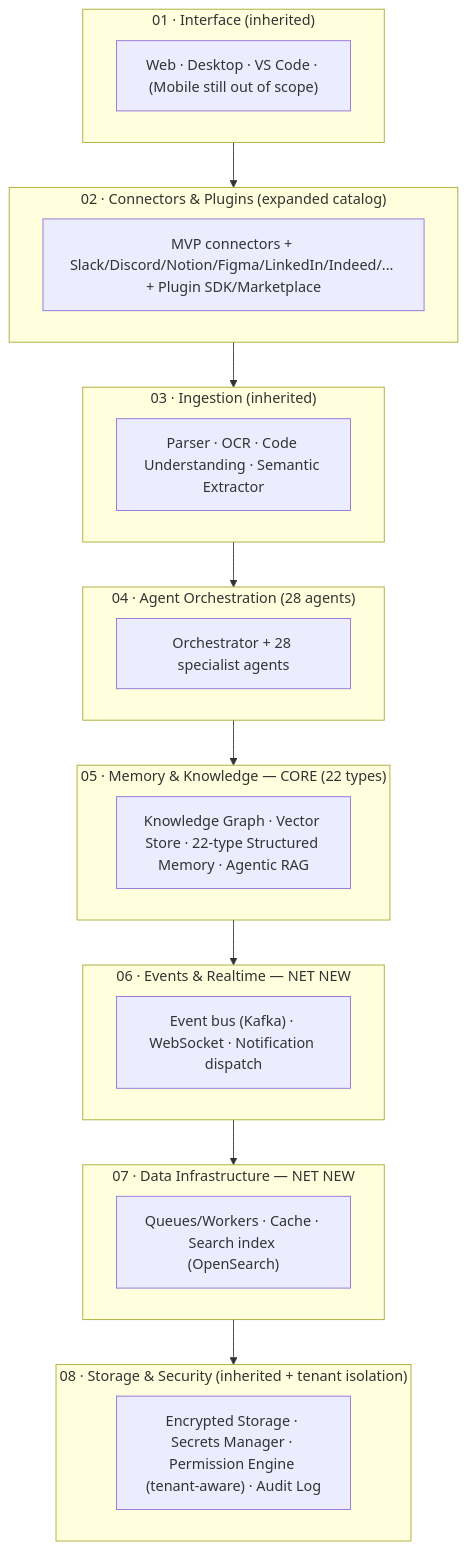
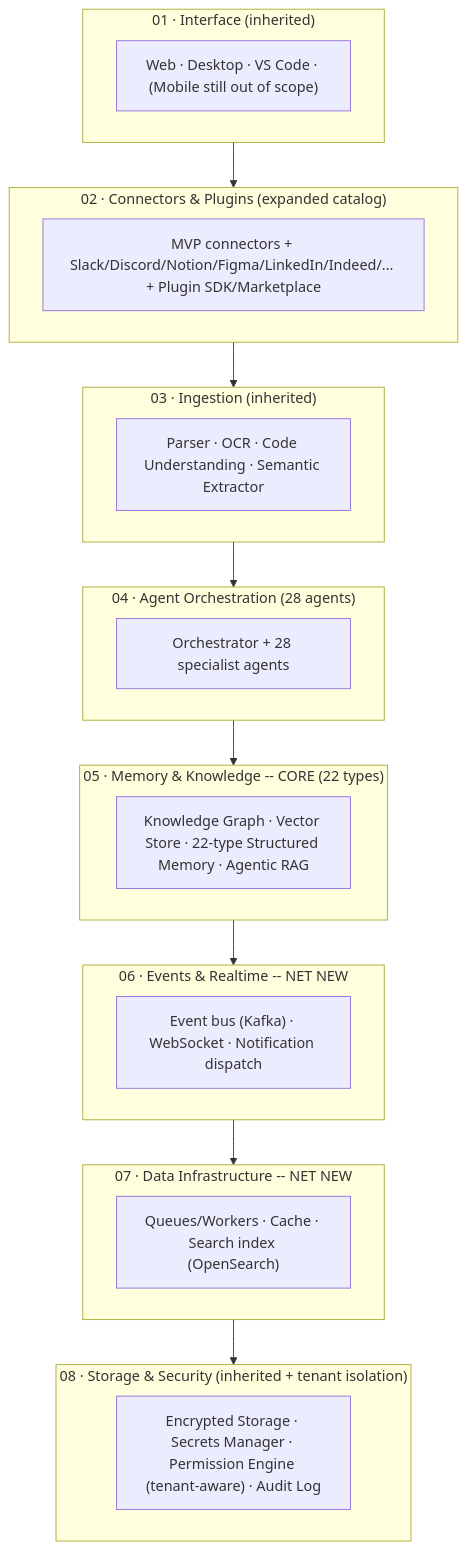
The first of 2 diagrams in docs/vaeloom-enterprise-e2e.md (Driftloom/Vaeloom), drawn with Mermaid before and after one commit. The commit also changed other lines of this file and 694 other files, not shown here.

First line of the commit message:
docs: mermaid standardization — encoding/mermaid/duplicate cleanup

````diff
--- a/docs/vaeloom-enterprise-e2e.md
+++ b/docs/vaeloom-enterprise-e2e.md
@@ -738,28 +738,28 @@
 ```mermaid
 graph TD
-    subgraph L1["01 · Interface (inherited)"]
-        I1["Web · Desktop · VS Code · (Mobile still out of scope)"]
-    end
-    subgraph L2["02 · Connectors & Plugins (expanded catalog)"]
-        C1["MVP connectors + Slack/Discord/Notion/Figma/LinkedIn/Indeed/... + Plugin SDK/Marketplace"]
-    end
-    subgraph L3["03 · Ingestion (inherited)"]
-        G1["Parser · OCR · Code Understanding · Semantic Extractor"]
-    end
-    subgraph L4["04 · Agent Orchestration (28 agents)"]
-        O1["Orchestrator + 28 specialist agents"]
-    end
-    subgraph L5["05 · Memory & Knowledge — CORE (22 types)"]
-        M1["Knowledge Graph · Vector Store · 22-type Structured Memory · Agentic RAG"]
-    end
-    subgraph L6new["06 · Events & Realtime — NET NEW"]
-        E1["Event bus (Kafka) · WebSocket · Notification dispatch"]
-    end
-    subgraph L7new["07 · Data Infrastructure — NET NEW"]
-        D1["Queues/Workers · Cache · Search index (OpenSearch)"]
-    end
-    subgraph L8["08 · Storage & Security (inherited + tenant isolation)"]
-        S1["Encrypted Storage · Secrets Manager · Permission Engine (tenant-aware) · Audit Log"]
-    end
-    L1 --> L2 --> L3 --> L4 --> L5 --> L6new --> L7new --> L8
+ subgraph L1["01 · Interface (inherited)"]
+ I1["Web · Desktop · VS Code · (Mobile still out of scope)"]
+ end
+ subgraph L2["02 · Connectors & Plugins (expanded catalog)"]
+ C1["MVP connectors + Slack/Discord/Notion/Figma/LinkedIn/Indeed/... + Plugin SDK/Marketplace"]
+ end
+ subgraph L3["03 · Ingestion (inherited)"]
+ G1["Parser · OCR · Code Understanding · Semantic Extractor"]
+ end
+ subgraph L4["04 · Agent Orchestration (28 agents)"]
+ O1["Orchestrator + 28 specialist agents"]
+ end
+ subgraph L5["05 · Memory & Knowledge -- CORE (22 types)"]
+ M1["Knowledge Graph · Vector Store · 22-type Structured Memory · Agentic RAG"]
+ end
+ subgraph L6new["06 · Events & Realtime -- NET NEW"]
+ E1["Event bus (Kafka) · WebSocket · Notification dispatch"]
+ end
+ subgraph L7new["07 · Data Infrastructure -- NET NEW"]
+ D1["Queues/Workers · Cache · Search index (OpenSearch)"]
+ end
+ subgraph L8["08 · Storage & Security (inherited + tenant isolation)"]
+ S1["Encrypted Storage · Secrets Manager · Permission Engine (tenant-aware) · Audit Log"]
+ end
+ L1--> L2--> L3--> L4--> L5--> L6new--> L7new--> L8
 ```
````
